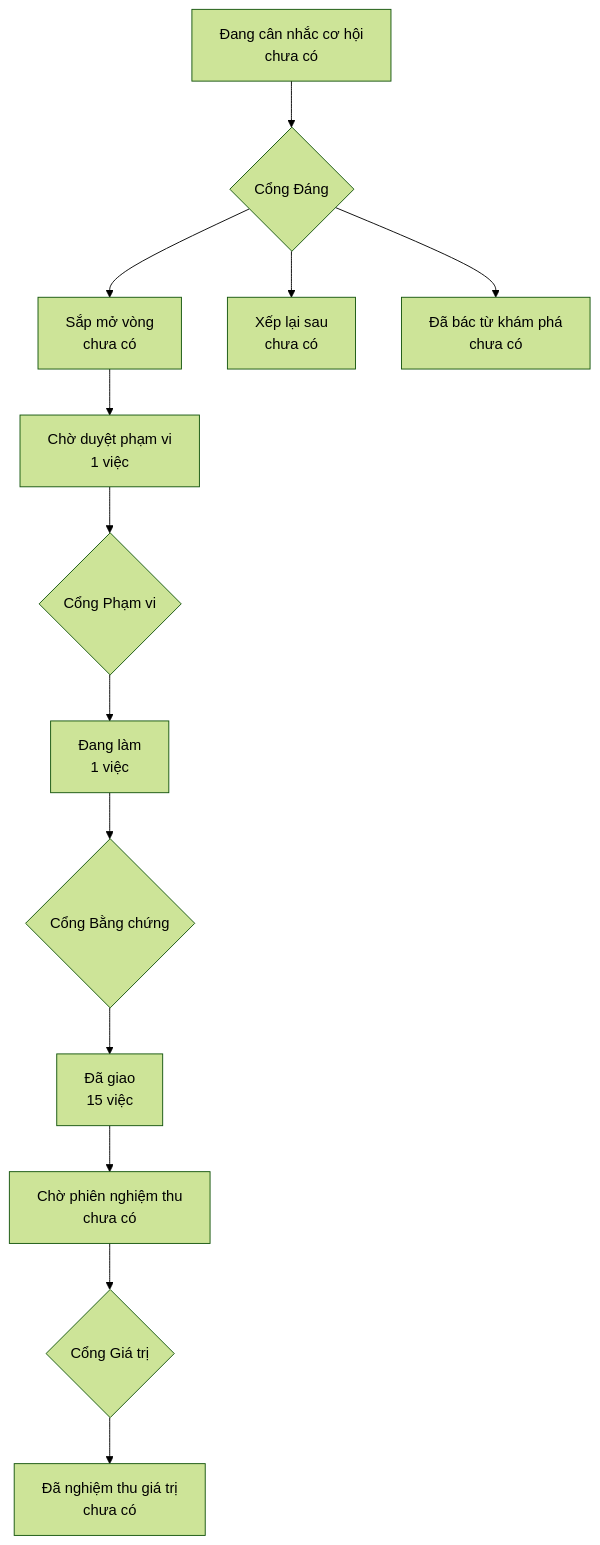
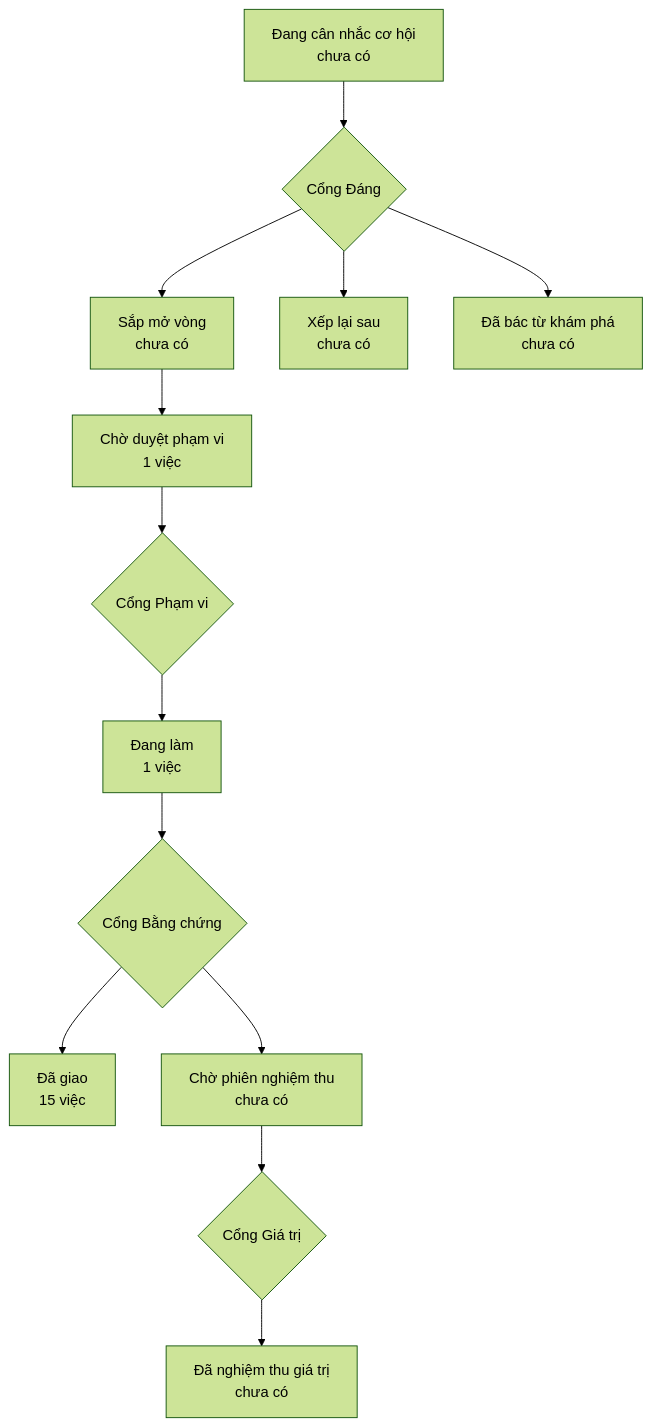
The diagram in PRODUCT-MAP.md (phanlemanh/acceptance-gate-kit), drawn with Mermaid (forest theme) before and after one commit. The commit also changed 17 other files, not shown here.

````diff
--- a/PRODUCT-MAP.md
+++ b/PRODUCT-MAP.md
@@ -6,12 +6,12 @@
 ```mermaid
 flowchart TD
   A["Đang cân nhắc cơ hội<br/>chưa có"] --> GD{"Cổng Đáng"}
   GD --> B["Sắp mở vòng<br/>chưa có"]
   GD --> XL["Xếp lại sau<br/>chưa có"]
   GD --> DB["Đã bác từ khám phá<br/>chưa có"]
   B --> CD["Chờ duyệt phạm vi<br/>1 việc"] --> GP{"Cổng Phạm vi"}
   GP --> DL["Đang làm<br/>1 việc"] --> GB{"Cổng Bằng chứng"}
   GB --> DG["Đã giao<br/>15 việc"]
-  DG --> CN["Chờ phiên nghiệm thu<br/>chưa có"] --> GG{"Cổng Giá trị"}
+  GB --> CN["Chờ phiên nghiệm thu<br/>chưa có"] --> GG{"Cổng Giá trị"}
   GG --> NT["Đã nghiệm thu giá trị<br/>chưa có"]
 ```
````
